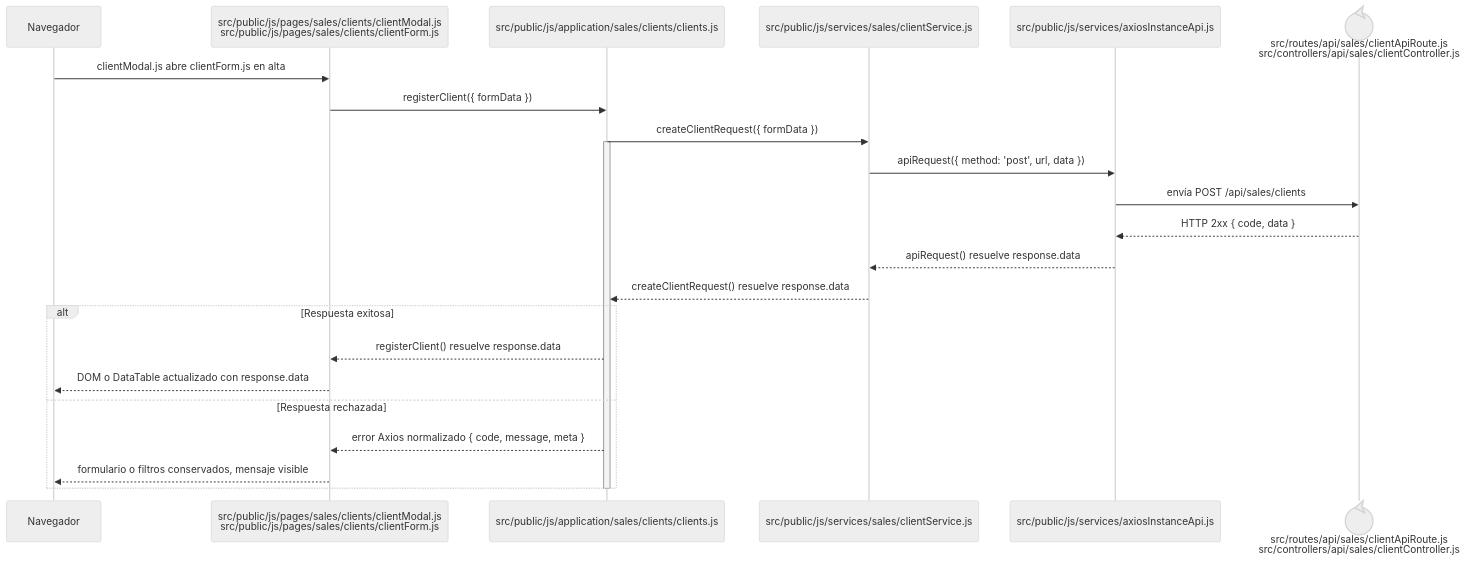
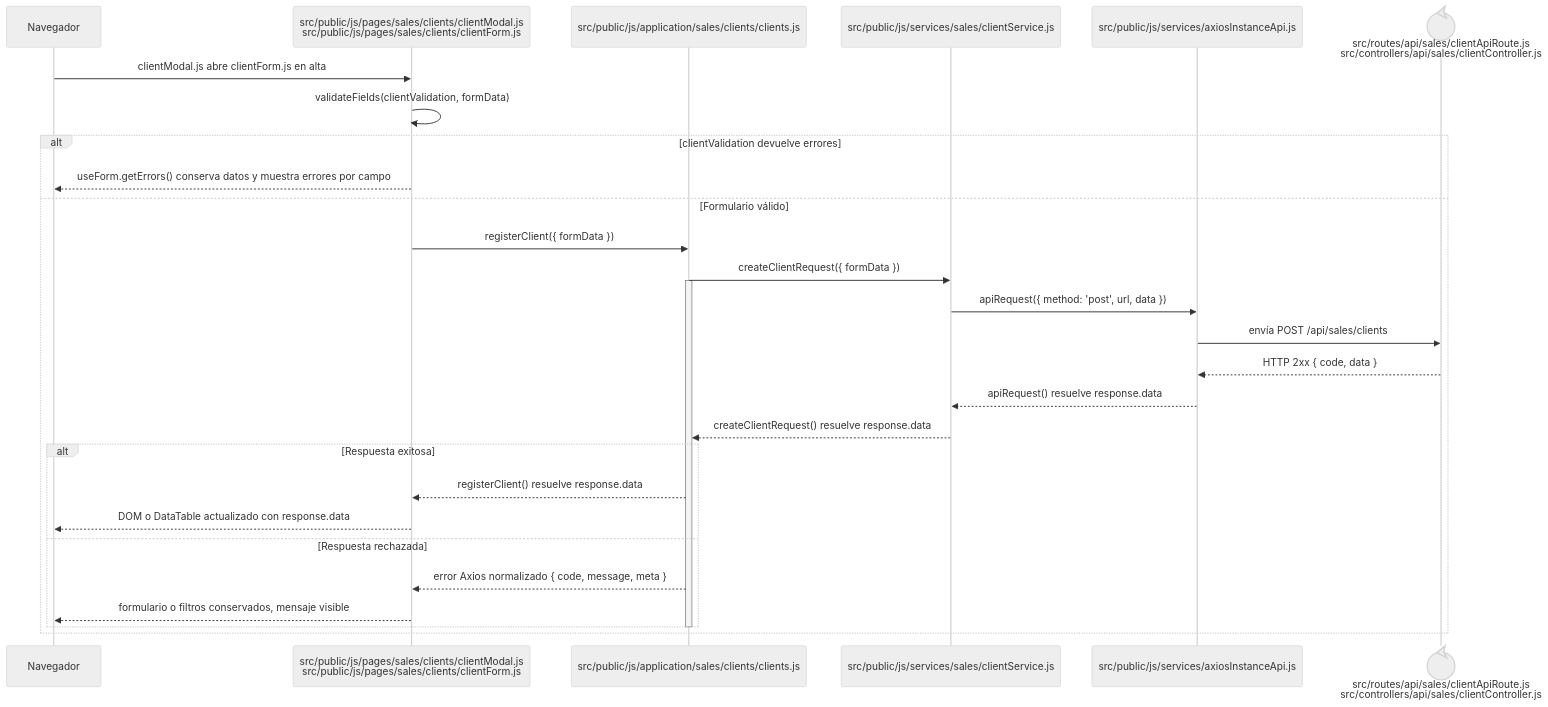
The diagram in docs/architecture/frontend-code-sequences/catalogs/cu-cat-06.md (gpgsistemas01/nexus), drawn with Mermaid (neutral theme) before and after one commit. The commit also changed 102 other files, not shown here.

````diff
--- a/docs/architecture/frontend-code-sequences/catalogs/cu-cat-06.md
+++ b/docs/architecture/frontend-code-sequences/catalogs/cu-cat-06.md
@@ -6,27 +6,32 @@
 ```mermaid
 sequenceDiagram
     participant Browser as Navegador
     participant View as src/public/js/pages/sales/clients/clientModal.js<br/>src/public/js/pages/sales/clients/clientForm.js
     participant Application as src/public/js/application/sales/clients/clients.js
     participant Request as src/public/js/services/sales/clientService.js
     participant HTTP as src/public/js/services/axiosInstanceApi.js
     participant Transport@{ "type": "control" } as src/routes/api/sales/clientApiRoute.js<br/>src/controllers/api/sales/clientController.js
 
     Browser->>View: clientModal.js abre clientForm.js en alta
-    View->>Application: registerClient({ formData })
-    Application->>Request: createClientRequest({ formData })
-    activate Application
-    Request->>HTTP: apiRequest({ method: 'post', url, data })
-    HTTP->>Transport: envía POST /api/sales/clients
-    Transport-->>HTTP: HTTP 2xx { code, data }
-    HTTP-->>Request: apiRequest() resuelve response.data
-    Request-->>Application: createClientRequest() resuelve response.data
-    alt Respuesta exitosa
-        Application-->>View: registerClient() resuelve response.data
-        View-->>Browser: DOM o DataTable actualizado con response.data
-    else Respuesta rechazada
-        Application-->>View: error Axios normalizado { code, message, meta }
-        View-->>Browser: formulario o filtros conservados, mensaje visible
+    View->>View: validateFields(clientValidation, formData)
+    alt clientValidation devuelve errores
+        View-->>Browser: useForm.getErrors() conserva datos y muestra errores por campo
+    else Formulario válido
+        View->>Application: registerClient({ formData })
+        Application->>Request: createClientRequest({ formData })
+        activate Application
+        Request->>HTTP: apiRequest({ method: 'post', url, data })
+        HTTP->>Transport: envía POST /api/sales/clients
+        Transport-->>HTTP: HTTP 2xx { code, data }
+        HTTP-->>Request: apiRequest() resuelve response.data
+        Request-->>Application: createClientRequest() resuelve response.data
+        alt Respuesta exitosa
+            Application-->>View: registerClient() resuelve response.data
+            View-->>Browser: DOM o DataTable actualizado con response.data
+        else Respuesta rechazada
+            Application-->>View: error Axios normalizado { code, message, meta }
+            View-->>Browser: formulario o filtros conservados, mensaje visible
+        end
+        deactivate Application
     end
-    deactivate Application
 ```
````
